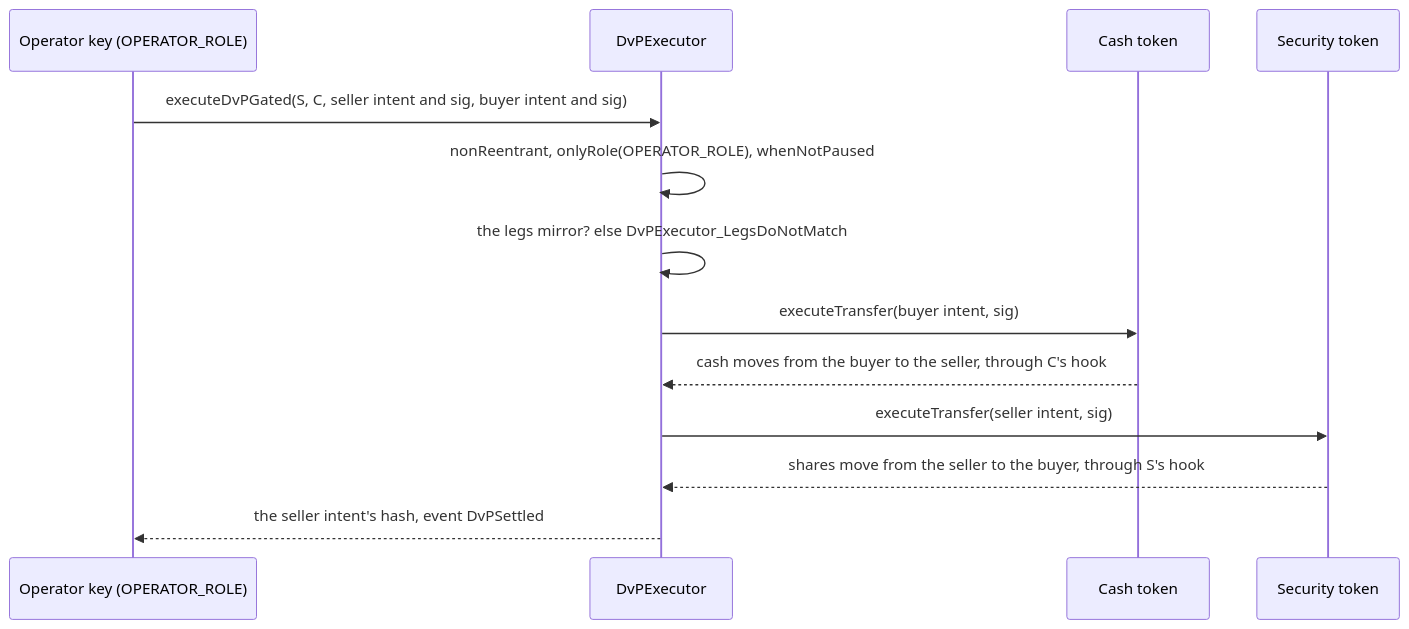
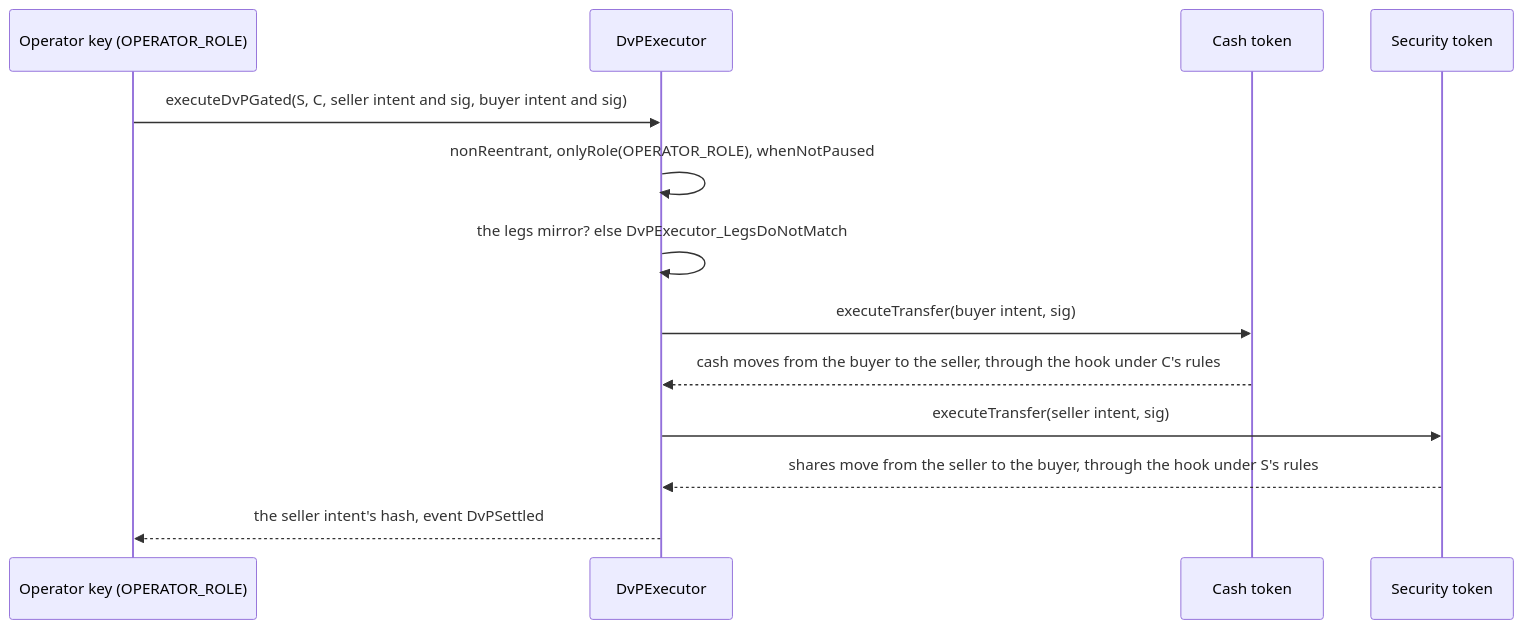
The first of 2 diagrams in docs/flows-dvp.md (fepvenancio/rwa-token), drawn with Mermaid before and after one commit. The commit also changed other lines of this file and 13 other files, not shown here.

````diff
--- a/docs/flows-dvp.md
+++ b/docs/flows-dvp.md
@@ -44,16 +44,16 @@
 ```mermaid
 sequenceDiagram
   participant Op as Operator key (OPERATOR_ROLE)
   participant D as DvPExecutor
   participant C as Cash token
   participant S as Security token
 
   Op->>D: executeDvPGated(S, C, seller intent and sig, buyer intent and sig)
   D->>D: nonReentrant, onlyRole(OPERATOR_ROLE), whenNotPaused
   D->>D: the legs mirror? else DvPExecutor_LegsDoNotMatch
   D->>C: executeTransfer(buyer intent, sig)
-  C-->>D: cash moves from the buyer to the seller, through C's hook
+  C-->>D: cash moves from the buyer to the seller, through the hook under C's rules
   D->>S: executeTransfer(seller intent, sig)
-  S-->>D: shares move from the seller to the buyer, through S's hook
+  S-->>D: shares move from the seller to the buyer, through the hook under S's rules
   D-->>Op: the seller intent's hash, event DvPSettled
 ```
````
